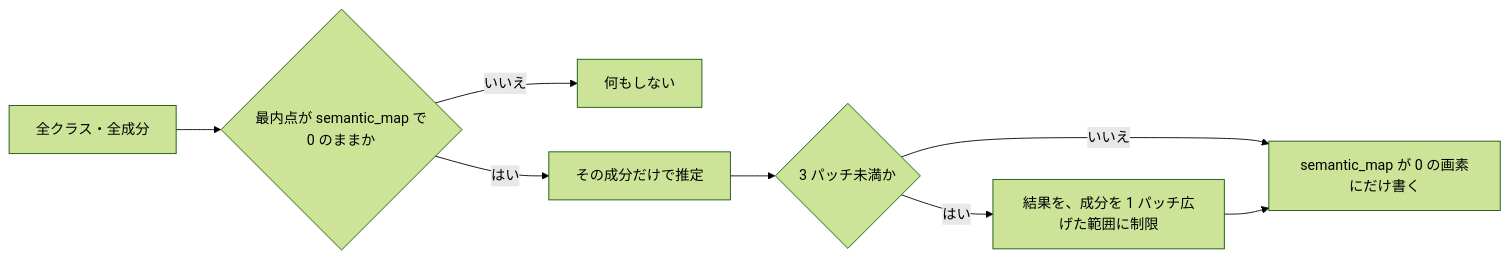
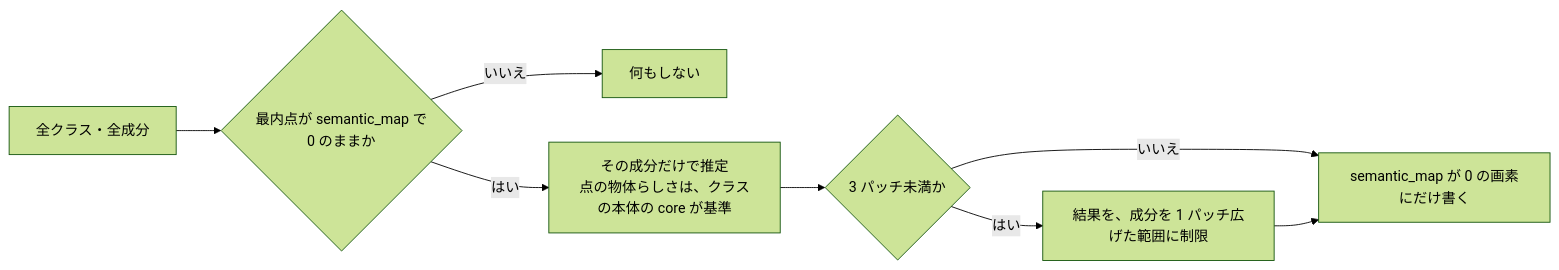
One commit to fklg-64/pe_anything_detect changed the seventh of 8 diagrams in docs/detailed_segmentation.md. Above: the diagram before and after it, drawn with Mermaid (forest theme). The commit also changed other lines of this file and 6 other files, not shown here.

````diff
--- a/docs/detailed_segmentation.md
+++ b/docs/detailed_segmentation.md
@@ -175,10 +181,10 @@
 ```mermaid
 flowchart LR
     A["全クラス・全成分"] --> B{"最内点が semantic_map で<br/>0 のままか"}
     B -->|いいえ| C["何もしない"]
-    B -->|はい| D["その成分だけで推定"]
+    B -->|はい| D["その成分だけで推定<br/>点の物体らしさは、クラスの本体の core が基準"]
     D --> E{"3 パッチ未満か"}
     E -->|はい| F["結果を、成分を 1 パッチ広げた範囲に制限"]
     E -->|いいえ| G
     F --> G["semantic_map が 0 の画素にだけ書く"]
 ```
````
